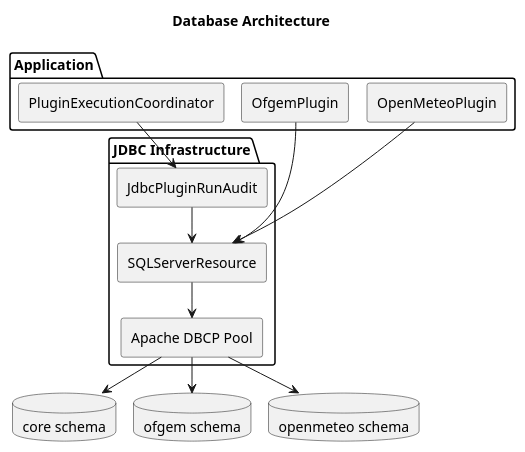
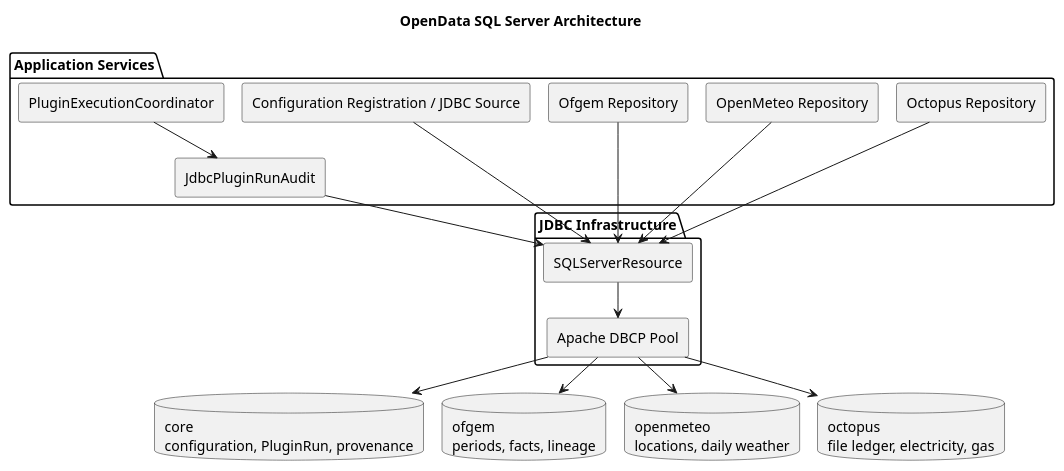
The diagram in docs/diagrams/source/database-architecture.puml (TerryCurranZellis/OpenData), drawn with PlantUML before and after one commit. The commit also changed 31 other files, not shown here.

```diff
--- a/docs/diagrams/source/database-architecture.puml
+++ b/docs/diagrams/source/database-architecture.puml
@@ -1,30 +1,36 @@
 @startuml
 !pragma layout smetana
-title Database Architecture
+title OpenData SQL Server Architecture
 skinparam componentStyle rectangle
 
-package "Application" {
+package "Application Services" {
+  [Configuration Registration / JDBC Source] as Config
   [PluginExecutionCoordinator] as Coordinator
-  [OfgemPlugin] as Ofgem
-  [OpenMeteoPlugin] as Meteo
+  [JdbcPluginRunAudit] as Audit
+  [Ofgem Repository] as OfgemRepo
+  [OpenMeteo Repository] as MeteoRepo
+  [Octopus Repository] as OctopusRepo
 }
 
 package "JDBC Infrastructure" {
-  [JdbcPluginRunAudit] as Audit
   [SQLServerResource] as Resource
   [Apache DBCP Pool] as Pool
 }
 
-database "core schema" as Core
-database "ofgem schema" as OfgemSchema
-database "openmeteo schema" as MeteoSchema
+database "core\nconfiguration, PluginRun, provenance" as Core
+database "ofgem\nperiods, facts, lineage" as Ofgem
+database "openmeteo\nlocations, daily weather" as Meteo
+database "octopus\nfile ledger, electricity, gas" as Octopus
 
+Config --> Resource
 Coordinator --> Audit
-Ofgem --> Resource
-Meteo --> Resource
 Audit --> Resource
+OfgemRepo --> Resource
+MeteoRepo --> Resource
+OctopusRepo --> Resource
 Resource --> Pool
 Pool --> Core
-Pool --> OfgemSchema
-Pool --> MeteoSchema
+Pool --> Ofgem
+Pool --> Meteo
+Pool --> Octopus
 @enduml
```
